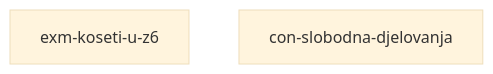
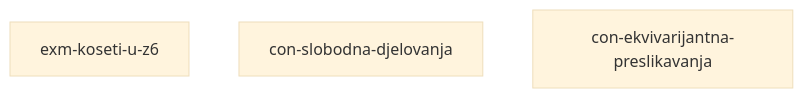
Before and after one commit to matsek-fer/reader: the fifth of 7 diagrams in examples/mini-vault/views/dag.md, drawn with Mermaid (base theme). The commit also changed other lines of this file and 318 other files, not shown here.

````diff
--- a/examples/mini-vault/views/dag.md
+++ b/examples/mini-vault/views/dag.md
@@ -73,5 +86,6 @@
 ```mermaid
 graph TD
     exm_koseti_u_z6["exm-koseti-u-z6"]
     con_slobodna_djelovanja["con-slobodna-djelovanja"]
+    con_ekvivarijantna_preslikavanja["con-ekvivarijantna-preslikavanja"]
 ```
````
